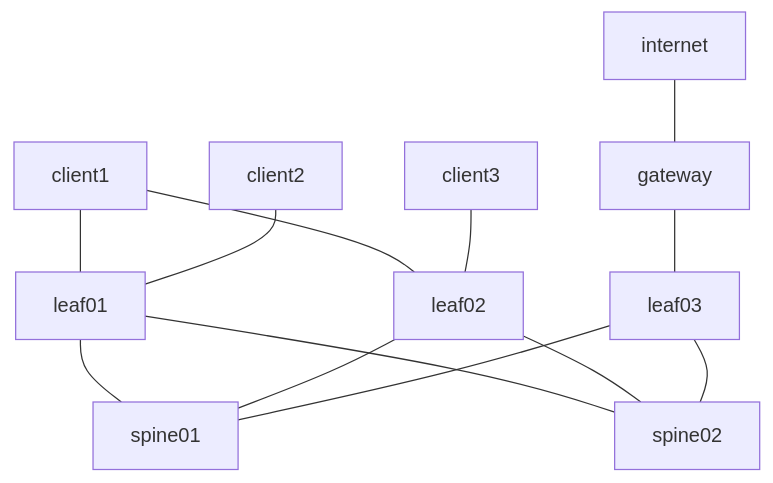
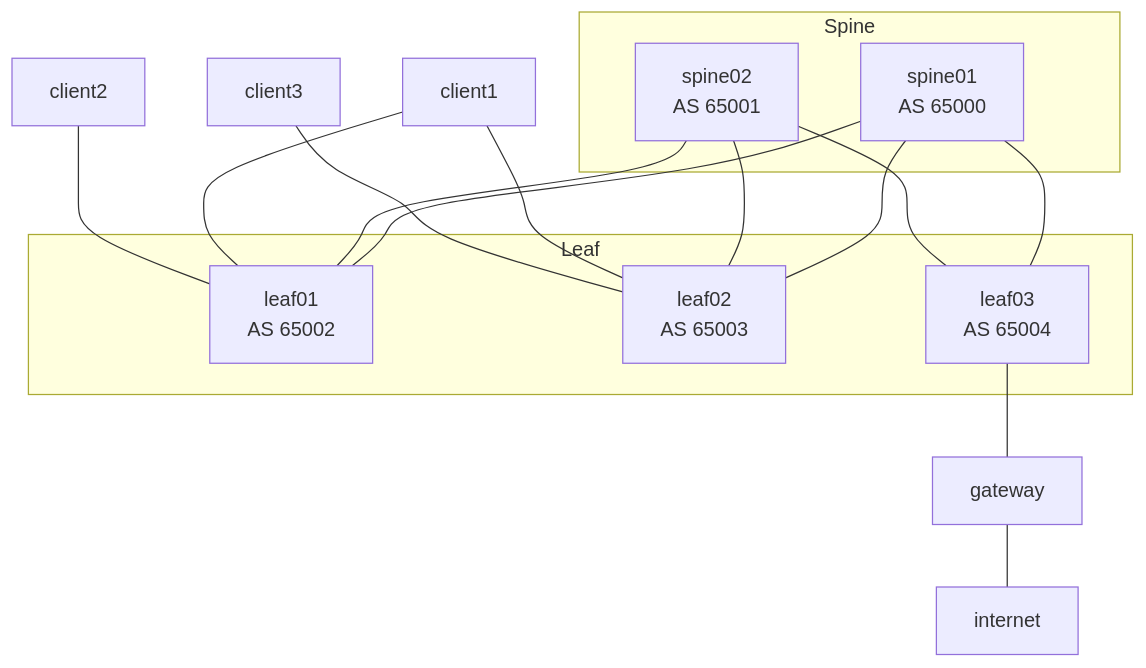
Before and after one commit to dbono711/clab-frr-evpn-vxlan: the diagram in evpn_ebgp_over_ipv4_ebgp_bridged_overlay/README.md, drawn with Mermaid. The commit also changed other lines of this file and 10 other files, not shown here.

````diff
--- a/evpn_ebgp_over_ipv4_ebgp_bridged_overlay/README.md
+++ b/evpn_ebgp_over_ipv4_ebgp_bridged_overlay/README.md
@@ -15,15 +51,24 @@
 ```mermaid
 graph TD
-  leaf01---spine01
-  leaf01---spine02
-  leaf02---spine01
-  leaf02---spine02
-  leaf03---spine01
-  leaf03---spine02
-  client1---leaf01
-  client1---leaf02
-  client2---leaf01
-  client3---leaf02
-  gateway---leaf03
-  internet---gateway
+  subgraph Spine
+    S1[spine01<br/>AS 65000]
+    S2[spine02<br/>AS 65001]
+  end
+  subgraph Leaf
+    L1[leaf01<br/>AS 65002]
+    L2[leaf02<br/>AS 65003]
+    L3[leaf03<br/>AS 65004]
+  end
+  S1 --- L1
+  S1 --- L2
+  S1 --- L3
+  S2 --- L1
+  S2 --- L2
+  S2 --- L3
+  C1[client1] --- L1
+  C1 --- L2
+  C2[client2] --- L1
+  C3[client3] --- L2
+  L3 --- GW[gateway]
+  GW --- NET[internet]
 ```
````
